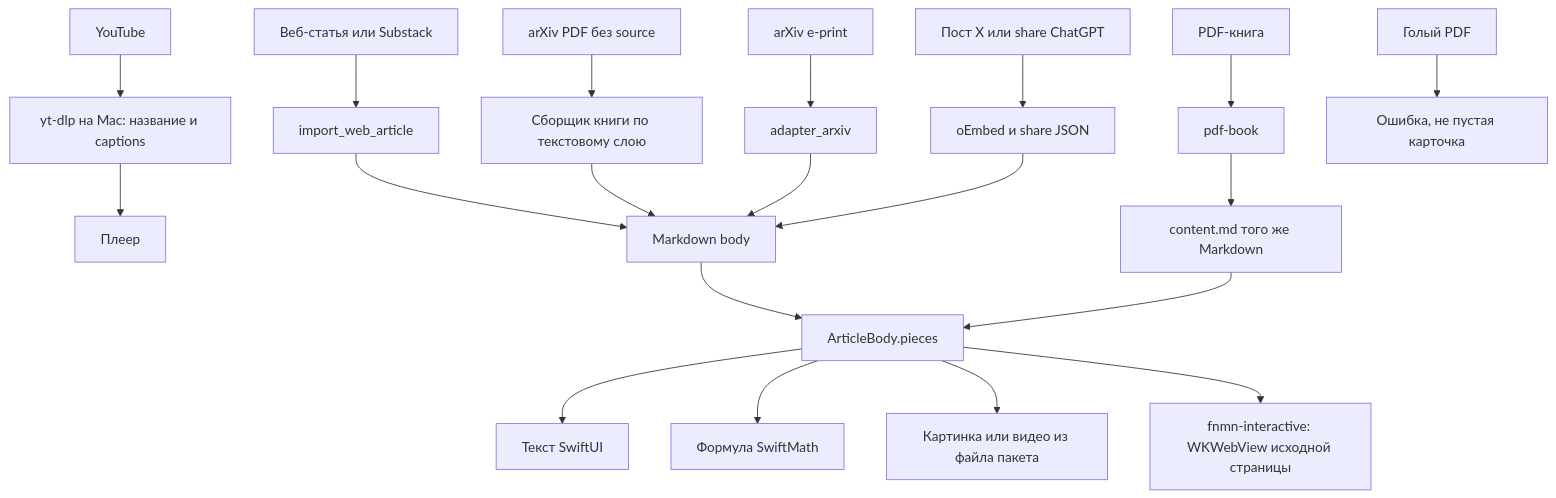
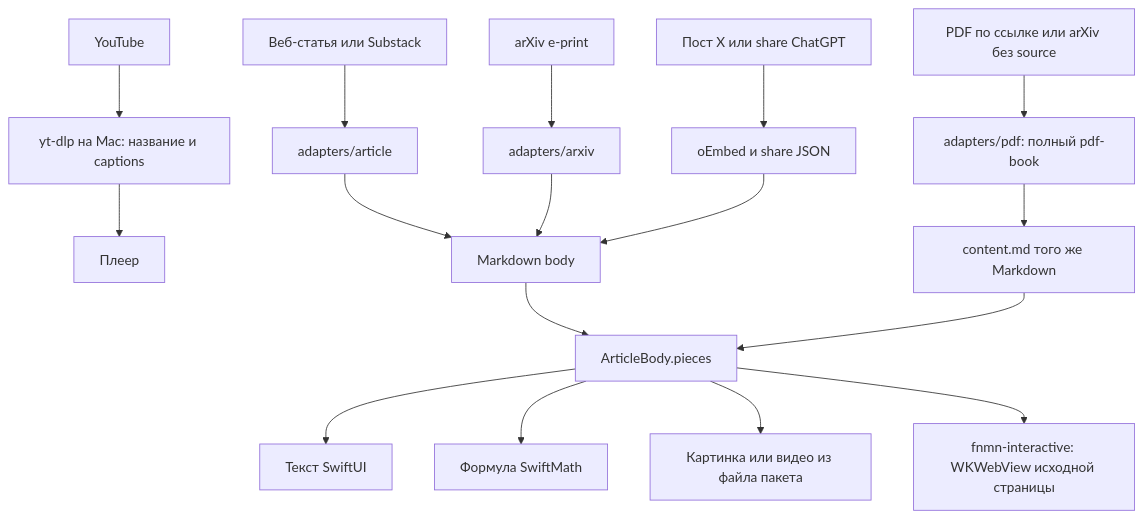
One commit to vladkalinichencko/fnmn-app changed the diagram in notes/viz/reading.md. Above: the diagram before and after it, drawn with Mermaid. The commit also changed 44 other files, not shown here.

Commit message:
Give every Mac adapter one contract and send any PDF through the full PDF pipeline as a job.

````diff
--- a/notes/viz/reading.md
+++ b/notes/viz/reading.md
@@ -5,22 +5,19 @@
 ```mermaid
 flowchart TD
-    Web[Веб-статья или Substack] --> WebAdapter[import_web_article]
-    Arxiv[arXiv e-print] --> ArxivAdapter[adapter_arxiv]
+    Web[Веб-статья или Substack] --> WebAdapter[adapters/article]
+    Arxiv[arXiv e-print] --> ArxivAdapter[adapters/arxiv]
     Post[Пост X или share ChatGPT] --> TextAdapter[oEmbed и share JSON]
-    Pdf[PDF-книга] --> PdfAdapter[pdf-book]
+    Pdf[PDF по ссылке или arXiv без source] --> PdfAdapter[adapters/pdf: полный pdf-book]
     Tube[YouTube] --> TubeMac[yt-dlp на Mac: название и captions]
-    ArxivPdf[arXiv PDF без source] --> BookAsm[Сборщик книги по текстовому слою]
-    StopSource[Голый PDF] --> Stop[Ошибка, не пустая карточка]
     TubeMac --> Player[Плеер]
     WebAdapter --> Body[Markdown body]
-    BookAsm --> Body
     ArxivAdapter --> Body
     TextAdapter --> Body
     PdfAdapter --> Content[content.md того же Markdown]
     Body --> Pieces[ArticleBody.pieces]
     Content --> Pieces
     Pieces --> Text[Текст SwiftUI]
     Pieces --> Math[Формула SwiftMath]
     Pieces --> File[Картинка или видео из файла пакета]
     Pieces --> Live[fnmn-interactive: WKWebView исходной страницы]
 ```
````
